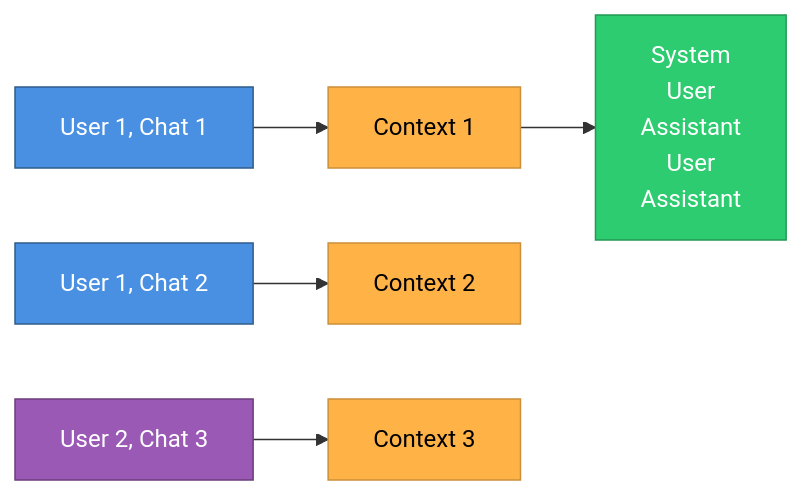
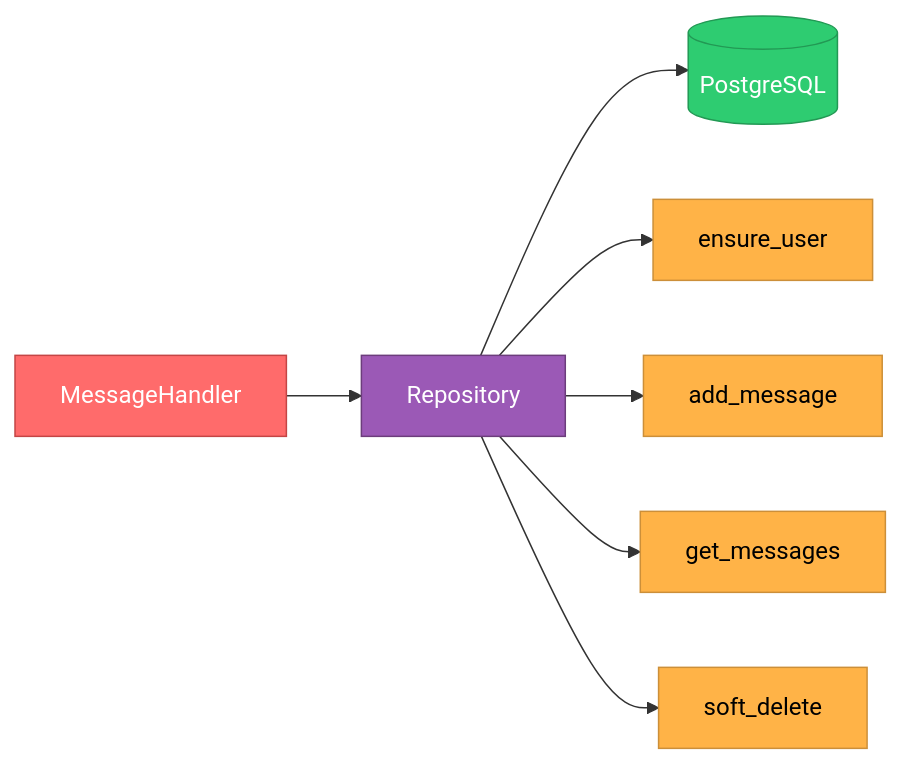
One commit to aidialogs/systech-aidd-live changed the third of 4 diagrams in doc/guides/02-architecture.md. Above: the diagram before and after it, drawn with Mermaid. The commit also changed other lines of this file and 5 other files, not shown here.

First line of the commit message:
feat: Integrate PostgreSQL and REST API, enhance docs

````diff
--- a/doc/guides/02-architecture.md
+++ b/doc/guides/02-architecture.md
@@ -97,16 +107,18 @@
 ```mermaid
 graph LR
-    A[User 1, Chat 1] --> B[Context 1]
-    C[User 1, Chat 2] --> D[Context 2]
-    E[User 2, Chat 3] --> F[Context 3]
+    A[MessageHandler] --> B[Repository]
+    B --> C[(PostgreSQL)]
     
-    B --> G[System<br/>User<br/>Assistant<br/>User<br/>Assistant]
+    B --> D[ensure_user]
+    B --> E[add_message]
+    B --> F[get_messages]
+    B --> G[soft_delete]
     
-    style A fill:#4A90E2,stroke:#2E5C8A,color:#FFF
-    style C fill:#4A90E2,stroke:#2E5C8A,color:#FFF
-    style E fill:#9B59B6,stroke:#6C3D7C,color:#FFF
-    style B fill:#FFB347,stroke:#CC8F39,color:#000
+    style A fill:#FF6B6B,stroke:#C44545,color:#FFF
+    style B fill:#9B59B6,stroke:#6C3D7C,color:#FFF
+    style C fill:#2ECC71,stroke:#229954,color:#FFF
     style D fill:#FFB347,stroke:#CC8F39,color:#000
+    style E fill:#FFB347,stroke:#CC8F39,color:#000
     style F fill:#FFB347,stroke:#CC8F39,color:#000
-    style G fill:#2ECC71,stroke:#229954,color:#FFF
+    style G fill:#FFB347,stroke:#CC8F39,color:#000
 ```
````
